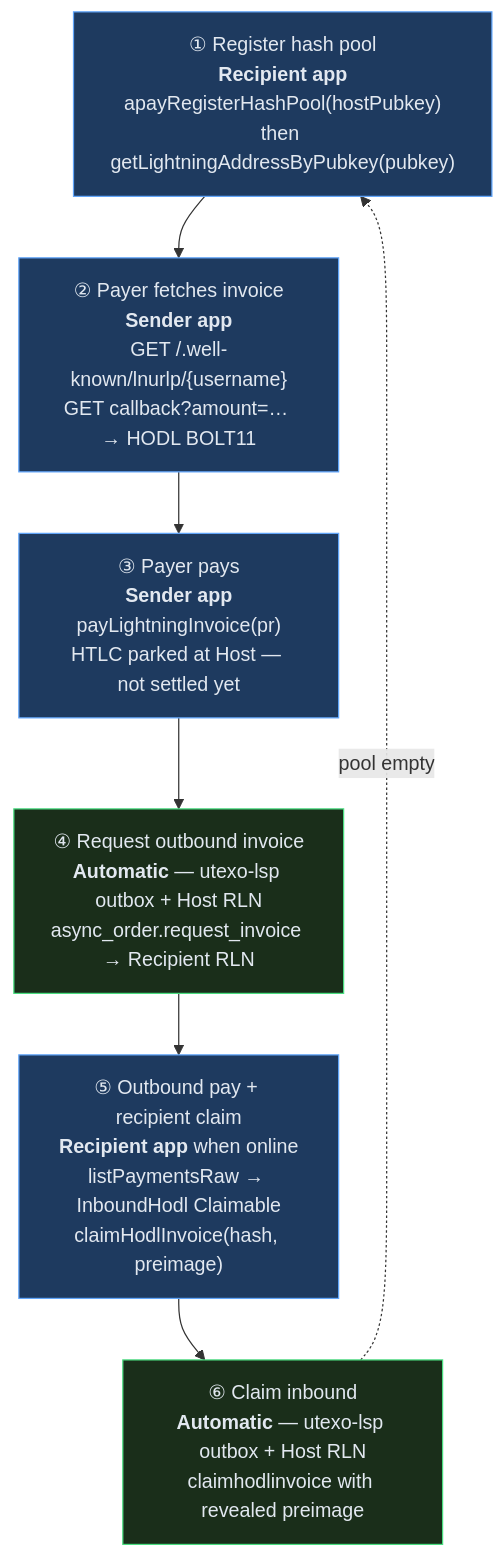
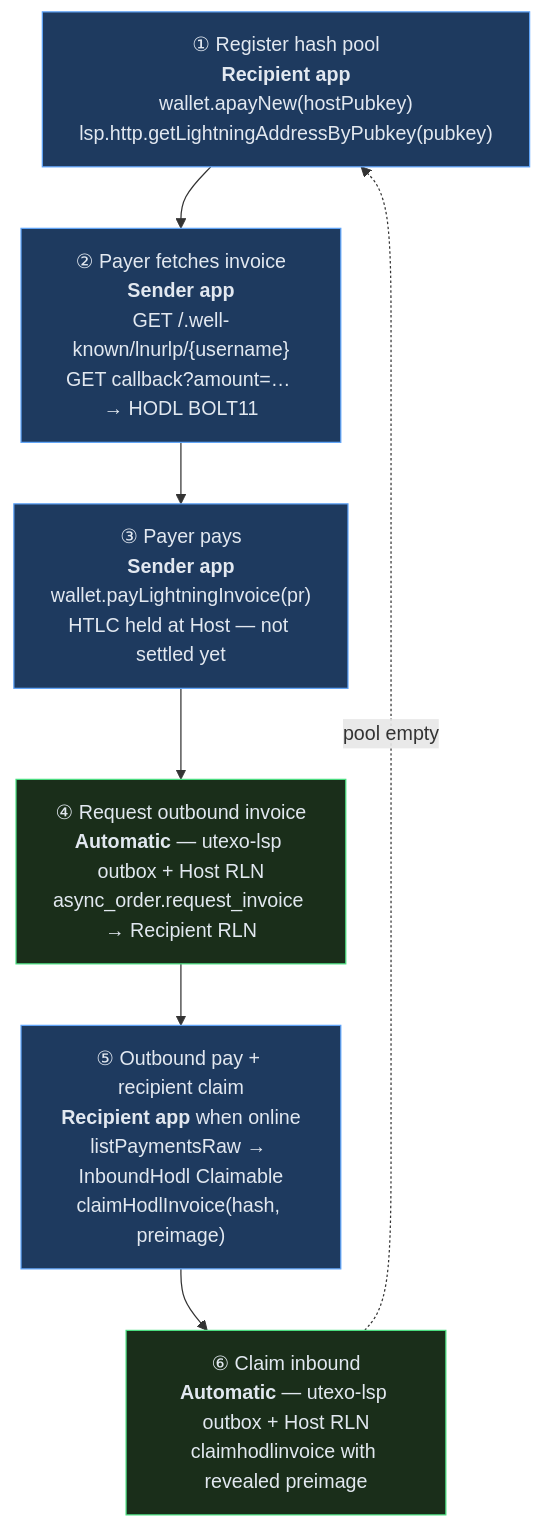
One commit to UTEXO-Protocol/rgb-sdk-rn changed the first of 2 diagrams in docs/async-payments.md. Above: the diagram before and after it, drawn with Mermaid. The commit also changed other lines of this file and 12 other files, not shown here.

````diff
--- a/docs/async-payments.md
+++ b/docs/async-payments.md
@@ -26,19 +22,19 @@
 ```mermaid
 flowchart TD
-  S1["① Register hash pool<br/><b>Recipient app</b><br/>apayRegisterHashPool(hostPubkey)<br/>then getLightningAddressByPubkey(pubkey)"]
+  S1["① Register hash pool<br/><b>Recipient app</b><br/>wallet.apayNew(hostPubkey)<br/>lsp.http.getLightningAddressByPubkey(pubkey)"]
   S2["② Payer fetches invoice<br/><b>Sender app</b><br/>GET /.well-known/lnurlp/{username}<br/>GET callback?amount=… → HODL BOLT11"]
-  S3["③ Payer pays<br/><b>Sender app</b><br/>payLightningInvoice(pr)<br/>HTLC parked at Host — not settled yet"]
+  S3["③ Payer pays<br/><b>Sender app</b><br/>wallet.payLightningInvoice(pr)<br/>HTLC held at Host — not settled yet"]
   S4["④ Request outbound invoice<br/><b>Automatic</b> — utexo-lsp outbox + Host RLN<br/>async_order.request_invoice → Recipient RLN"]
   S5["⑤ Outbound pay + recipient claim<br/><b>Recipient app</b> when online<br/>listPaymentsRaw → InboundHodl Claimable<br/>claimHodlInvoice(hash, preimage)"]
   S6["⑥ Claim inbound<br/><b>Automatic</b> — utexo-lsp outbox + Host RLN<br/>claimhodlinvoice with revealed preimage"]
 
   S1 --> S2 --> S3 --> S4 --> S5 --> S6
   S6 -.->|pool empty| S1
 
   style S1 fill:#1e3a5f,stroke:#60a5fa,color:#e2e8f0
   style S2 fill:#1e3a5f,stroke:#60a5fa,color:#e2e8f0
   style S3 fill:#1e3a5f,stroke:#60a5fa,color:#e2e8f0
   style S5 fill:#1e3a5f,stroke:#60a5fa,color:#e2e8f0
   style S4 fill:#1a2e1a,stroke:#4ade80,color:#e2e8f0
   style S6 fill:#1a2e1a,stroke:#4ade80,color:#e2e8f0
 ```
````
